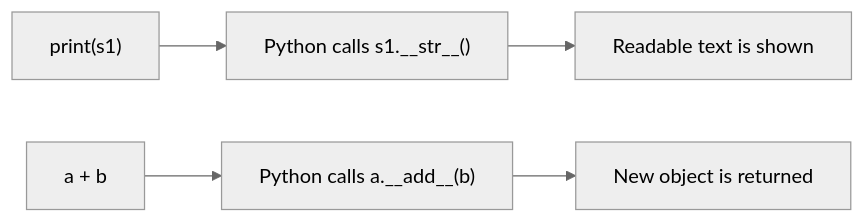
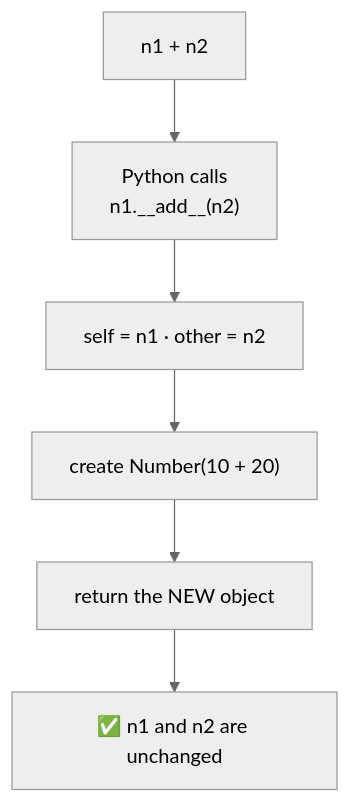
One commit to sudhanshudhande19/python-oop-practice changed the third of 5 diagrams in Day18_Magic_Methods/README.md. Above: the diagram before and after it, drawn with Mermaid (neutral theme). The commit also changed other lines of this file and 3 other files, not shown here.

````diff
--- a/Day18_Magic_Methods/README.md
+++ b/Day18_Magic_Methods/README.md
@@ -61,5 +204,8 @@
 ```mermaid
-flowchart LR
-    A["print(s1)"] --> B["Python calls s1.__str__()"] --> C["Readable text is shown"]
-    D["a + b"] --> E["Python calls a.__add__(b)"] --> F["New object is returned"]
+flowchart TD
+    A["n1 + n2"] --> B["Python calls<br/>n1.__add__(n2)"]
+    B --> C["self = n1 · other = n2"]
+    C --> D["create Number(10 + 20)"]
+    D --> E["return the NEW object"]
+    E --> F["✅ n1 and n2 are unchanged"]
 ```
````
